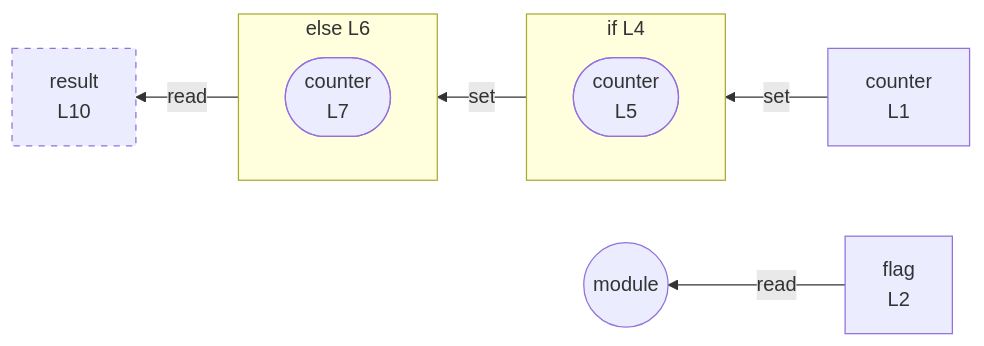
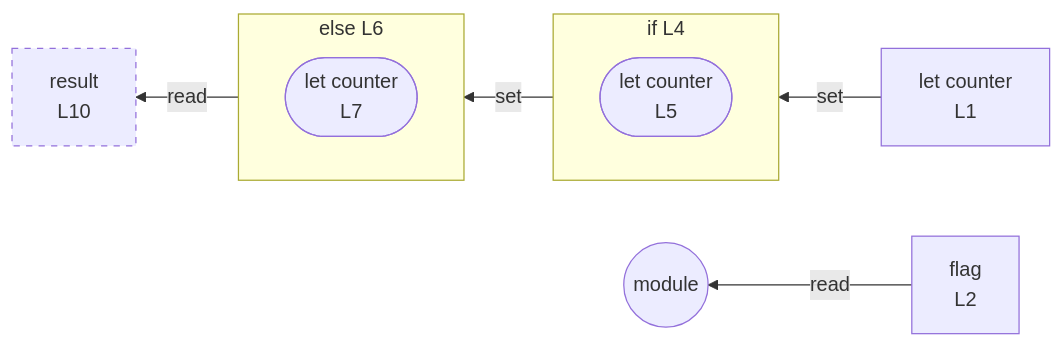
Before and after one commit to crescware/unsnarl: the diagram in integration/fixtures/control-if/preview.md, drawn with Mermaid. The commit also changed 31 other files, not shown here.

First line of the commit message:
feat(mermaid): always prefix let-bound variables with "let"

````diff
--- a/integration/fixtures/control-if/preview.md
+++ b/integration/fixtures/control-if/preview.md
@@ -20,21 +20,21 @@
 ```mermaid
 flowchart RL
-  n_scope_0_counter_4["counter<br/>L1"]
+  n_scope_0_counter_4["let counter<br/>L1"]
   n_scope_0_flag_23["flag<br/>L2"]
   n_scope_0_result_97["result<br/>L10"]
   subgraph s_scope_1["if L4"]
     direction RL
-    wr_ref_1(["counter<br/>L5"])
+    wr_ref_1(["let counter<br/>L5"])
   end
   subgraph s_scope_2["else L6"]
     direction RL
-    wr_ref_2(["counter<br/>L7"])
+    wr_ref_2(["let counter<br/>L7"])
   end
   n_scope_0_counter_4 -->|set| wr_ref_1
   wr_ref_1 -->|set| wr_ref_2
   n_scope_0_flag_23 -->|read| module_root
   wr_ref_2 -->|read| n_scope_0_result_97
   module_root((module))
   classDef unused stroke-dasharray: 5 5;
   class n_scope_0_result_97 unused;
 ```
````
